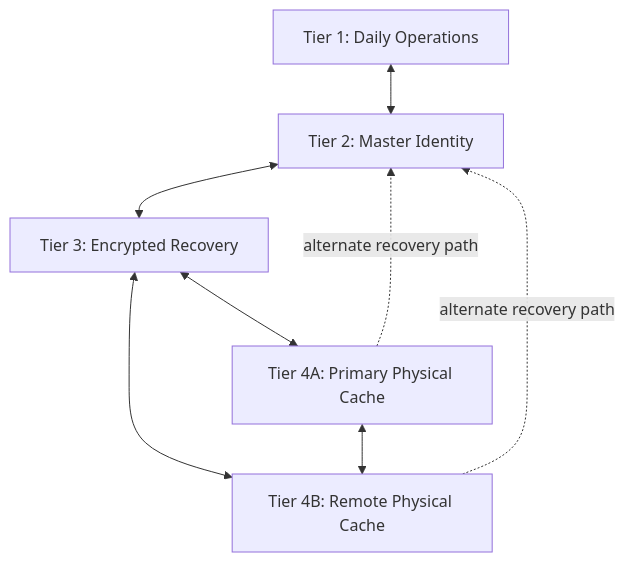
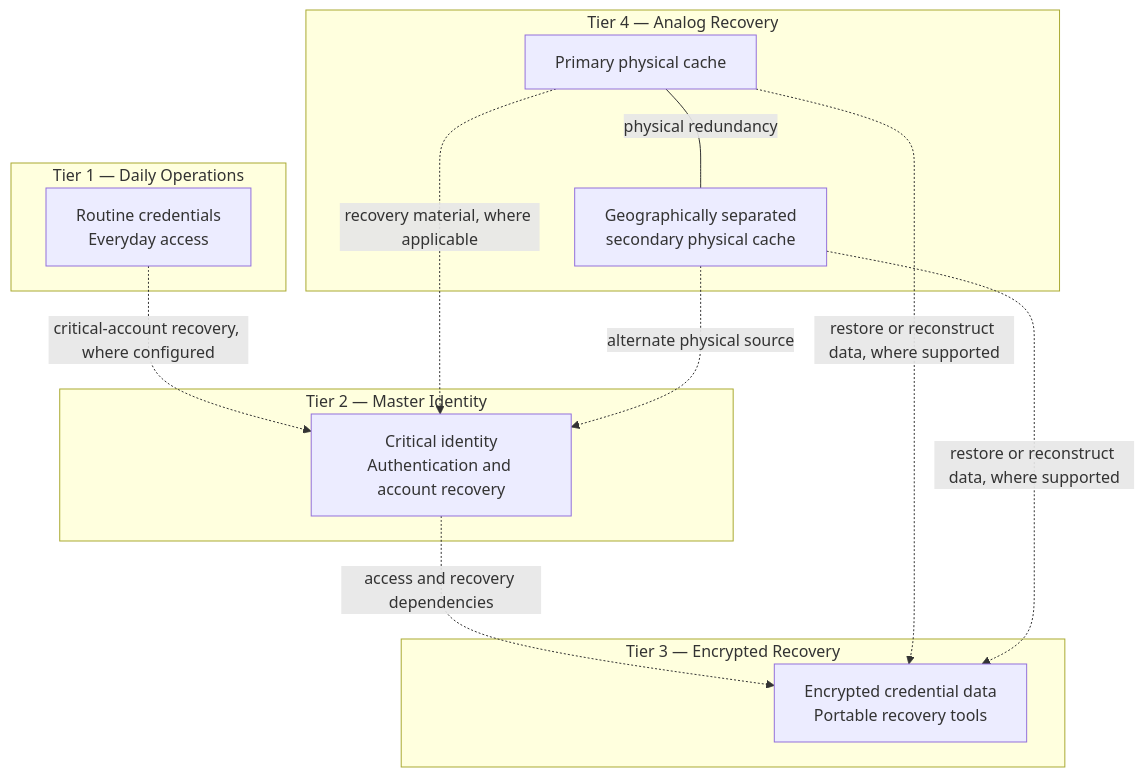
Before and after one commit to dw-dev77/PACE-Security-Architecture: the diagram in README.md, drawn with Mermaid. The commit also changed other lines of this file, not shown here.

````diff
--- a/README.md
+++ b/README.md
@@ -28,16 +43,27 @@
 ```mermaid
-flowchart TD
-    T1["Tier 1: Daily Operations"]
-    T2["Tier 2: Master Identity"]
-    T3["Tier 3: Encrypted Recovery"]
-    T4A["Tier 4A: Primary Physical Cache"]
-    T4B["Tier 4B: Remote Physical Cache"]
+flowchart TB
+    subgraph OPS["Tier 1 — Daily Operations"]
+        T1["Routine credentials<br/>Everyday access"]
+    end
 
-    T1 <--> T2
-    T2 <--> T3
-    T3 <--> T4A
-    T3 <--> T4B
-    T4A <--> T4B
-    T4A -. "alternate recovery path" .-> T2
-    T4B -. "alternate recovery path" .-> T2
+    subgraph ID["Tier 2 — Master Identity"]
+        T2["Critical identity<br/>Authentication and account recovery"]
+    end
+
+    subgraph REC["Tier 3 — Encrypted Recovery"]
+        T3["Encrypted credential data<br/>Portable recovery tools"]
+    end
+
+    subgraph PHY["Tier 4 — Analog Recovery"]
+        T4A["Primary physical cache"]
+        T4B["Geographically separated<br/>secondary physical cache"]
+    end
+
+    T1 -. critical-account recovery, where configured .-> T2
+    T2 -. access and recovery dependencies .-> T3
+    T4A ---|physical redundancy| T4B
+    T4A -. recovery material, where applicable .-> T2
+    T4B -. alternate physical source .-> T2
+    T4A -. restore or reconstruct data, where supported .-> T3
+    T4B -. restore or reconstruct data, where supported .-> T3
 ```
````
